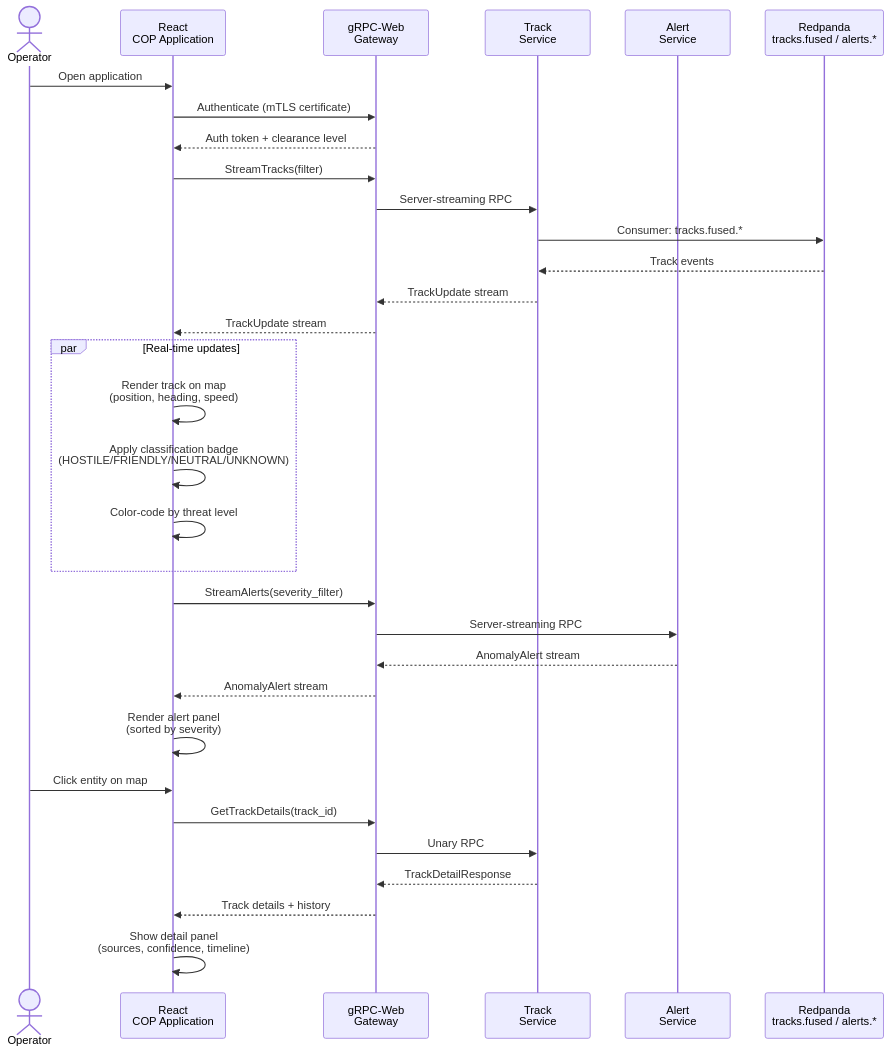
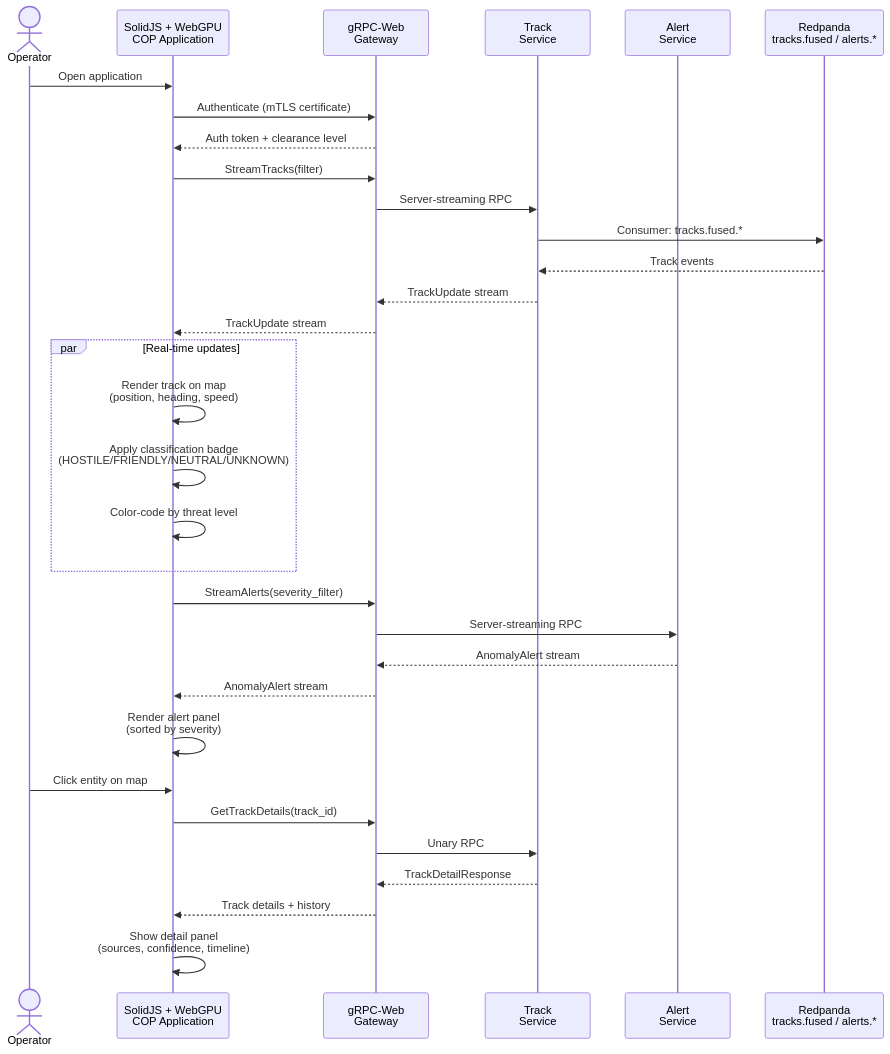
The first of 2 diagrams in docs/business/usecases/UC012_situational_awareness_ui.md (arvinddhasmana/rtsa_webgpu), drawn with Mermaid before and after one commit. The commit also changed other lines of this file and 65 other files, not shown here.

````diff
--- a/docs/business/usecases/UC012_situational_awareness_ui.md
+++ b/docs/business/usecases/UC012_situational_awareness_ui.md
@@ -32,39 +32,39 @@
 ```mermaid
 sequenceDiagram
     actor OP as Operator
-    participant UI as React<br/>COP Application
+    participant UI as SolidJS + WebGPU<br/>COP Application
     participant GW as gRPC-Web<br/>Gateway
     participant TS as Track<br/>Service
     participant AS as Alert<br/>Service
     participant RP as Redpanda<br/>tracks.fused / alerts.*
 
     OP->>UI: Open application
     UI->>GW: Authenticate (mTLS certificate)
     GW-->>UI: Auth token + clearance level
 
     UI->>GW: StreamTracks(filter)
     GW->>TS: Server-streaming RPC
     TS->>RP: Consumer: tracks.fused.*
     RP-->>TS: Track events
     TS-->>GW: TrackUpdate stream
     GW-->>UI: TrackUpdate stream
 
     par Real-time updates
         UI->>UI: Render track on map<br/>(position, heading, speed)
         UI->>UI: Apply classification badge<br/>(HOSTILE/FRIENDLY/NEUTRAL/UNKNOWN)
         UI->>UI: Color-code by threat level
     end
 
     UI->>GW: StreamAlerts(severity_filter)
     GW->>AS: Server-streaming RPC
     AS-->>GW: AnomalyAlert stream
     GW-->>UI: AnomalyAlert stream
     UI->>UI: Render alert panel<br/>(sorted by severity)
 
     OP->>UI: Click entity on map
     UI->>GW: GetTrackDetails(track_id)
     GW->>TS: Unary RPC
     TS-->>GW: TrackDetailResponse
     GW-->>UI: Track details + history
     UI->>UI: Show detail panel<br/>(sources, confidence, timeline)
 ```
````
